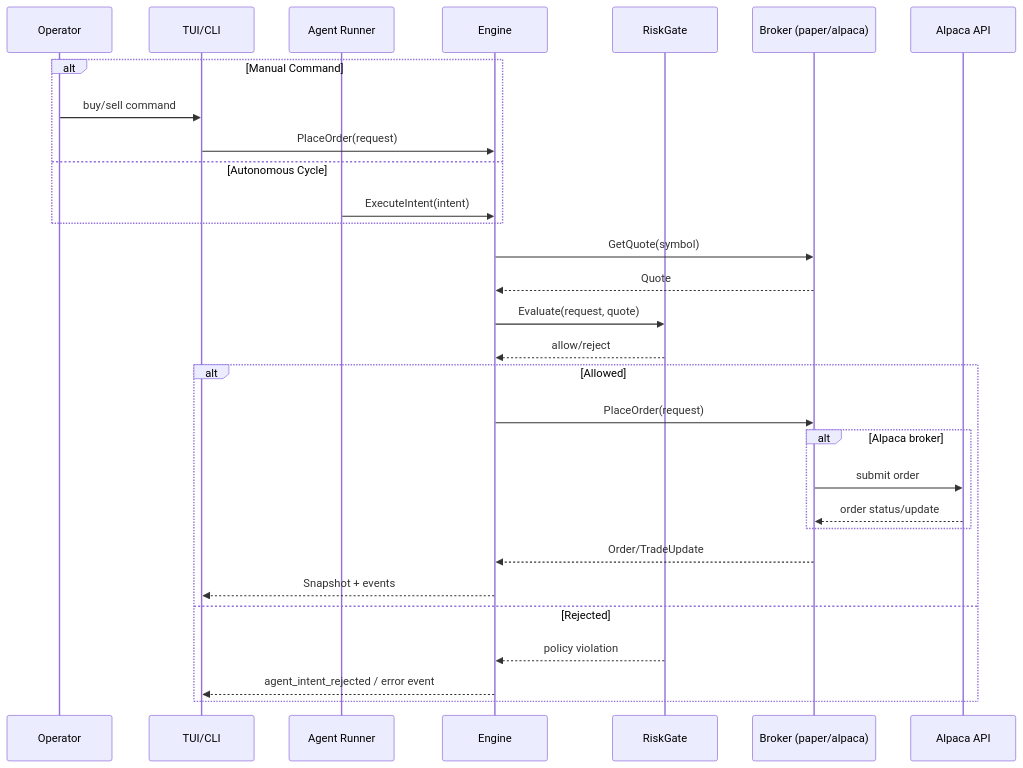
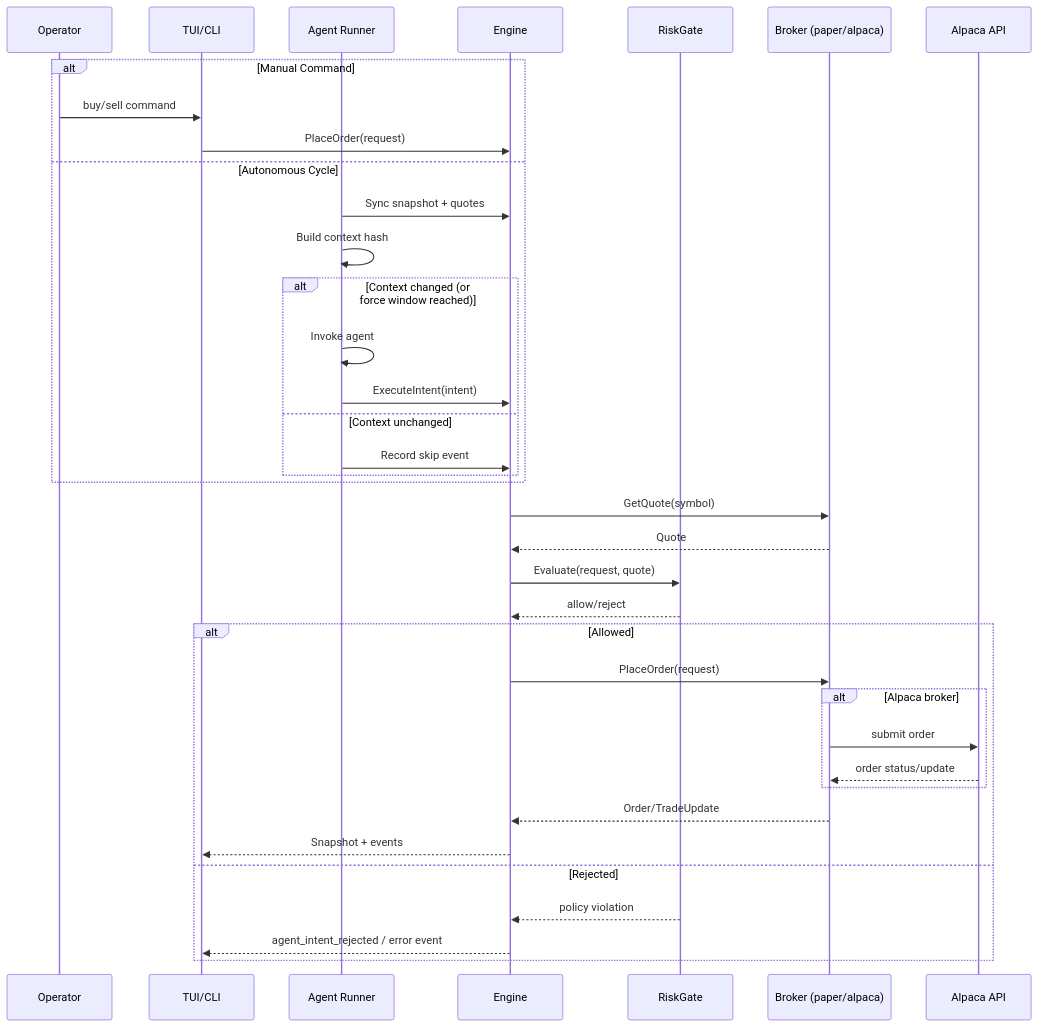
The second of 4 diagrams in docs/architecture.md (nerdstep/helix-tui), drawn with Mermaid before and after one commit. The commit also changed other lines of this file and 16 other files, not shown here.

````diff
--- a/docs/architecture.md
+++ b/docs/architecture.md
@@ -42,35 +44,42 @@
 ```mermaid
 sequenceDiagram
     participant Op as Operator
     participant T as TUI/CLI
     participant A as Agent Runner
     participant E as Engine
     participant R as RiskGate
     participant B as Broker (paper/alpaca)
     participant X as Alpaca API
 
     alt Manual Command
         Op->>T: buy/sell command
         T->>E: PlaceOrder(request)
     else Autonomous Cycle
-        A->>E: ExecuteIntent(intent)
+        A->>E: Sync snapshot + quotes
+        A->>A: Build context hash
+        alt Context changed (or force window reached)
+            A->>A: Invoke agent
+            A->>E: ExecuteIntent(intent)
+        else Context unchanged
+            A->>E: Record skip event
+        end
     end
 
     E->>B: GetQuote(symbol)
     B-->>E: Quote
     E->>R: Evaluate(request, quote)
     R-->>E: allow/reject
 
     alt Allowed
         E->>B: PlaceOrder(request)
         alt Alpaca broker
             B->>X: submit order
             X-->>B: order status/update
         end
         B-->>E: Order/TradeUpdate
         E-->>T: Snapshot + events
     else Rejected
         R-->>E: policy violation
         E-->>T: agent_intent_rejected / error event
     end
 ```
````
